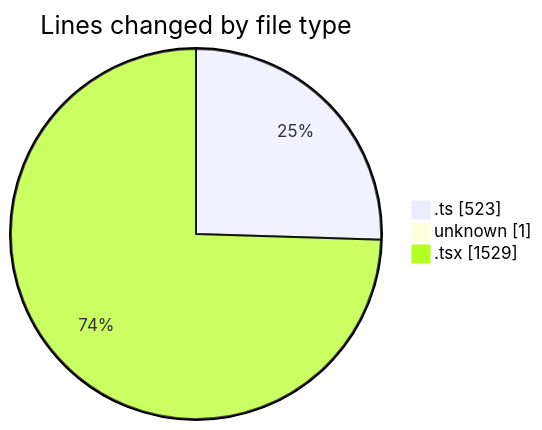
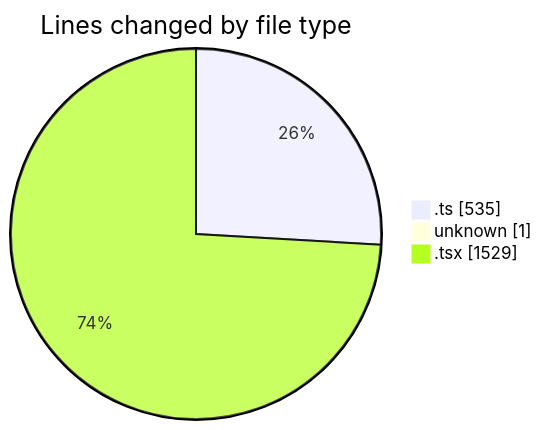
Before and after one commit to robertbonfada/code-tracking: the first of 2 diagrams in 2025-02-17/mbc-web/README.md, drawn with Mermaid. The commit also changed other lines of this file and 1 other file, not shown here.

````diff
--- a/2025-02-17/mbc-web/README.md
+++ b/2025-02-17/mbc-web/README.md
@@ -31,7 +31,7 @@
 ```mermaid
 pie showData
 title Lines changed by file type
-".ts" : 523
+".ts" : 535
 "unknown" : 1
 ".tsx" : 1529
 ```
````
